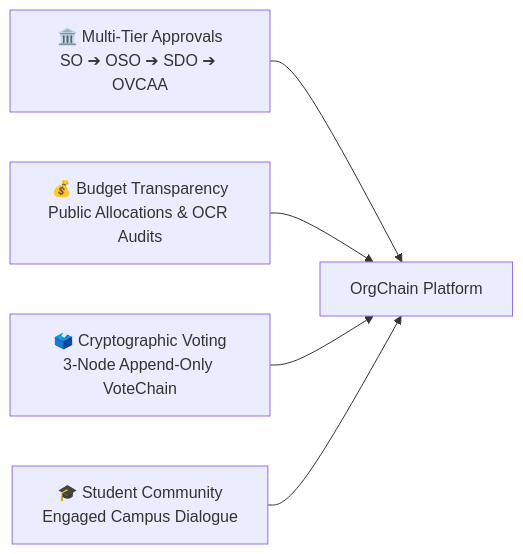
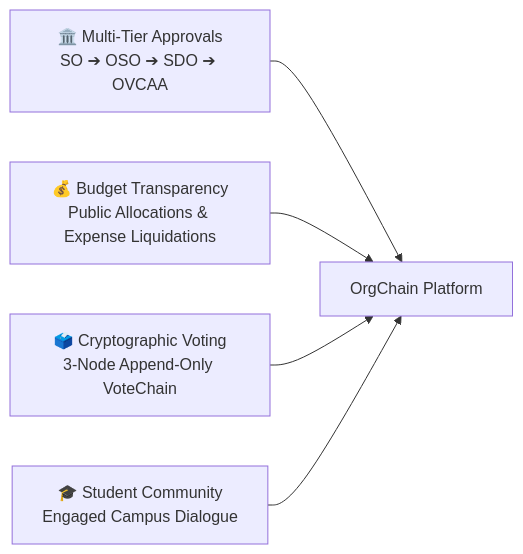
Before and after one commit to chals1029/OrgChainProject: the first of 2 diagrams in ORGCHAIN/01 - System Architecture/System Overview and Vision.md, drawn with Mermaid. The commit also changed other lines of this file and 44 other files, not shown here.

````diff
--- a/ORGCHAIN/01 - System Architecture/System Overview and Vision.md
+++ b/ORGCHAIN/01 - System Architecture/System Overview and Vision.md
@@ -23,7 +23,7 @@
 ```mermaid
 flowchart LR
     A[🏛️ Multi-Tier Approvals<br/>SO ➔ OSO ➔ SDO ➔ OVCAA] --> OrgChain[OrgChain Platform]
-    B[💰 Budget Transparency<br/>Public Allocations & OCR Audits] --> OrgChain
+    B[💰 Budget Transparency<br/>Public Allocations & Expense Liquidations] --> OrgChain
     C[🗳️ Cryptographic Voting<br/>3-Node Append-Only VoteChain] --> OrgChain
     D[🎓 Student Community<br/>Engaged Campus Dialogue] --> OrgChain
 ```
````
